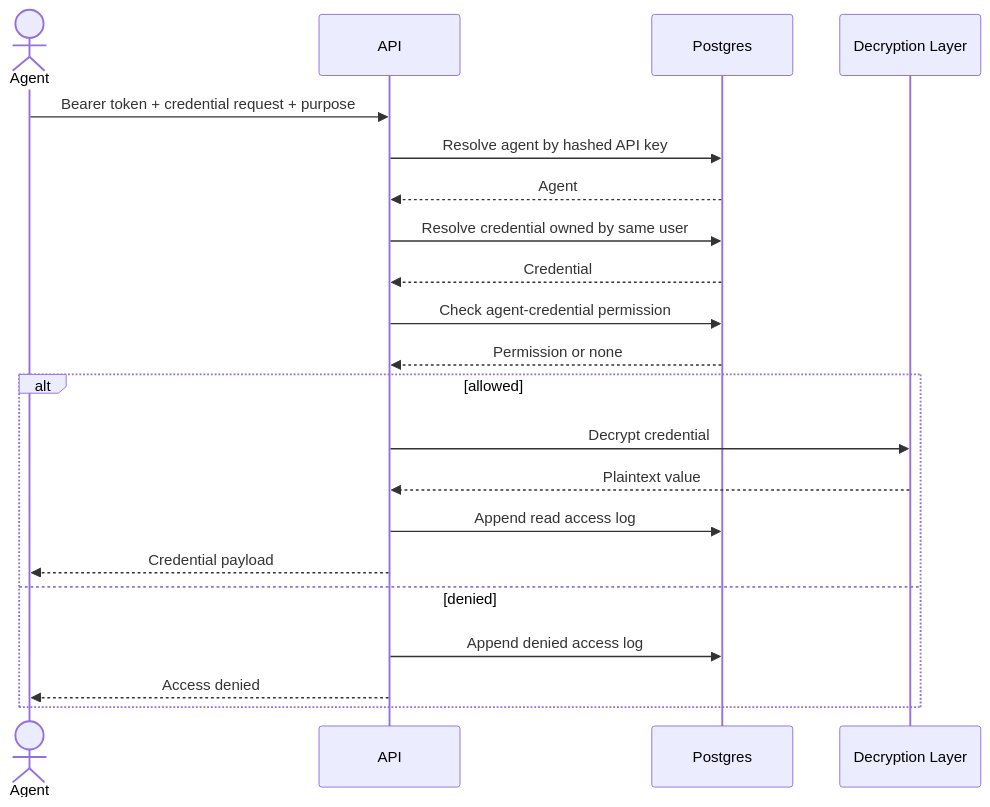
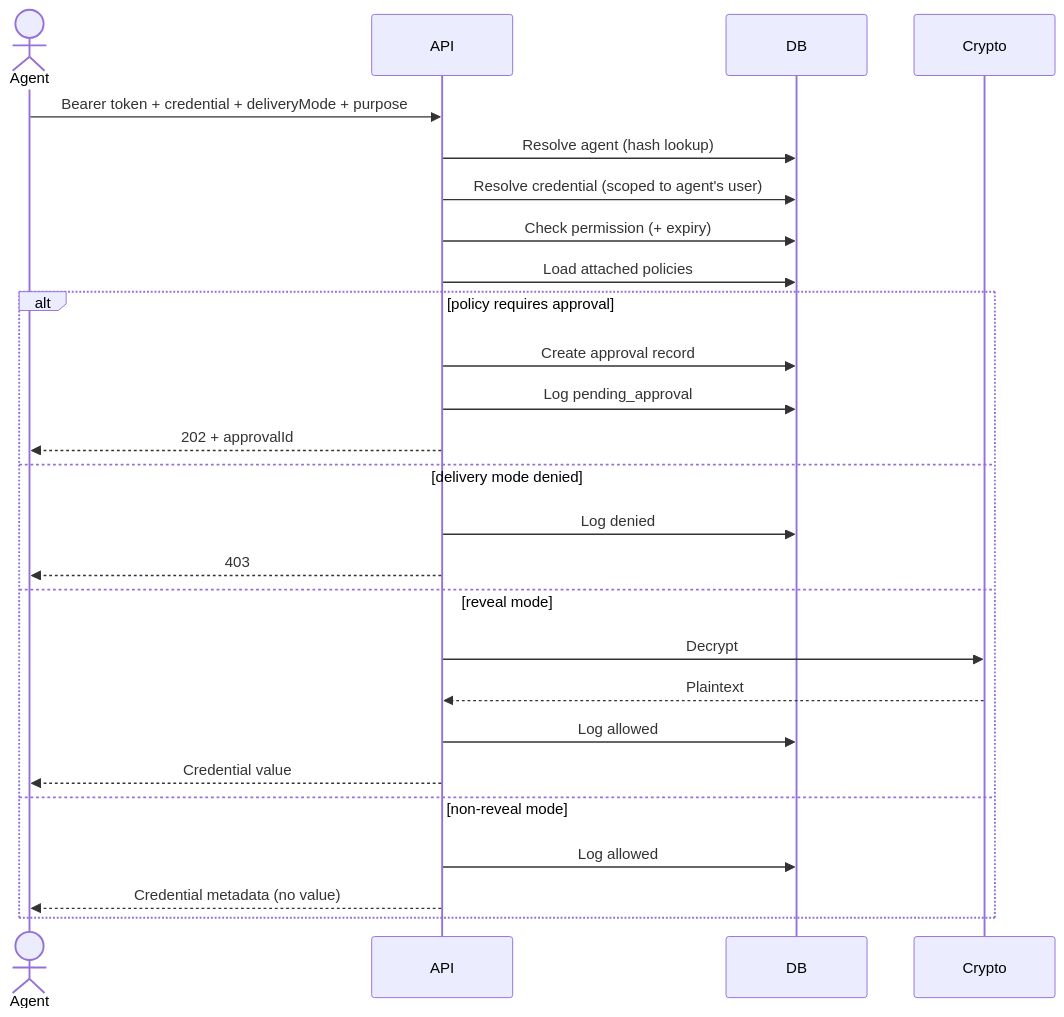
The fourth of 5 diagrams in docs/ARCHITECTURE.md (punitarani/abadge), drawn with Mermaid before and after one commit. The commit also changed other lines of this file and 98 other files, not shown here.

First line of the commit message:
v2: Agent credential firewall and runtime access layer

````diff
--- a/docs/ARCHITECTURE.md
+++ b/docs/ARCHITECTURE.md
@@ -240,25 +224,30 @@
 ```mermaid
 sequenceDiagram
   actor Agent
-  participant API as API
-  participant DB as Postgres
-  participant Crypto as Decryption Layer
+  participant API
+  participant DB
+  participant Crypto
 
-  Agent->>API: Bearer token + credential request + purpose
-  API->>DB: Resolve agent by hashed API key
-  DB-->>API: Agent
-  API->>DB: Resolve credential owned by same user
-  DB-->>API: Credential
-  API->>DB: Check agent-credential permission
-  DB-->>API: Permission or none
+  Agent->>API: Bearer token + credential + deliveryMode + purpose
+  API->>DB: Resolve agent (hash lookup)
+  API->>DB: Resolve credential (scoped to agent's user)
+  API->>DB: Check permission (+ expiry)
+  API->>DB: Load attached policies
 
-  alt allowed
-    API->>Crypto: Decrypt credential
-    Crypto-->>API: Plaintext value
-    API->>DB: Append read access log
-    API-->>Agent: Credential payload
-  else denied
-    API->>DB: Append denied access log
-    API-->>Agent: Access denied
+  alt policy requires approval
+    API->>DB: Create approval record
+    API->>DB: Log pending_approval
+    API-->>Agent: 202 + approvalId
+  else delivery mode denied
+    API->>DB: Log denied
+    API-->>Agent: 403
+  else reveal mode
+    API->>Crypto: Decrypt
+    Crypto-->>API: Plaintext
+    API->>DB: Log allowed
+    API-->>Agent: Credential value
+  else non-reveal mode
+    API->>DB: Log allowed
+    API-->>Agent: Credential metadata (no value)
   end
 ```
````
